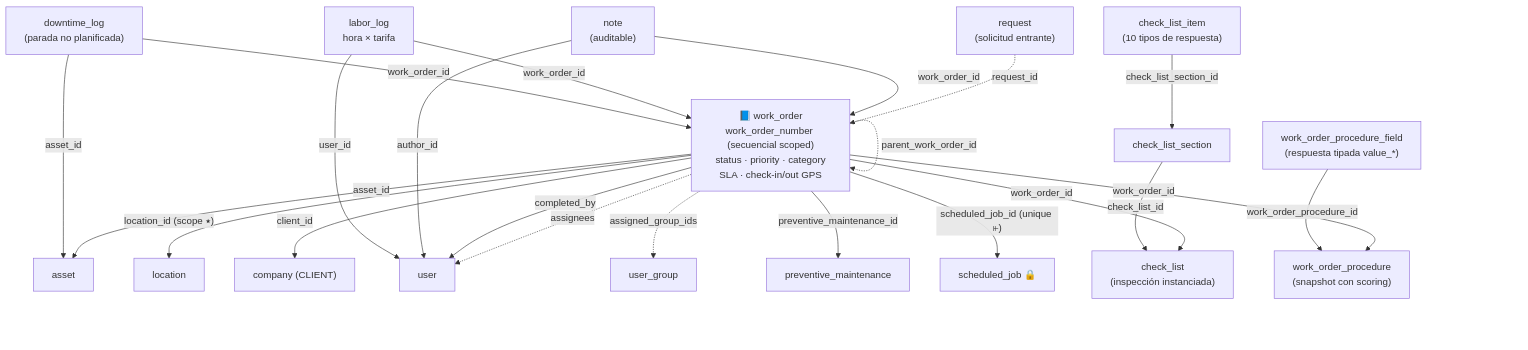
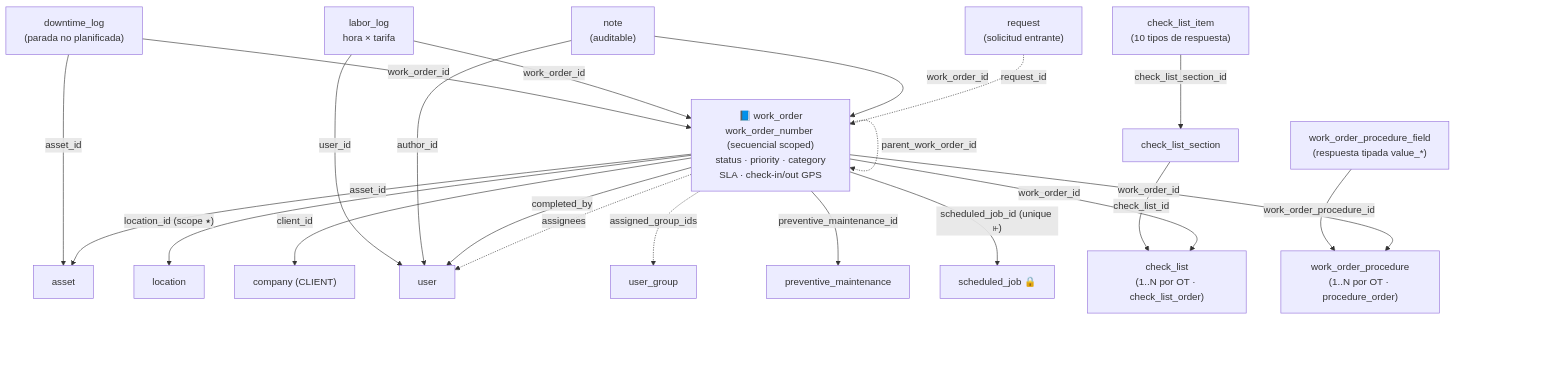
The second of 5 diagrams in docs/reference/diagrama-modelo-datos.md (metritechnology/metri-engine), drawn with Mermaid before and after one commit. The commit also changed other lines of this file and 6 other files, not shown here.

````diff
--- a/docs/reference/diagrama-modelo-datos.md
+++ b/docs/reference/diagrama-modelo-datos.md
@@ -74,34 +74,34 @@
 ```mermaid
 flowchart TB
     REQ["request<br/>(solicitud entrante)"] -. request_id .-> WO
 
     WO["📘 work_order<br/>work_order_number (secuencial scoped)<br/>status · priority · category<br/>SLA · check-in/out GPS"]
     WO -. parent_work_order_id .-> WO
 
     WO -->|"asset_id"| ASSET["asset"]
     WO -->|"location_id (scope ⭑)"| LOC["location"]
     WO -->|"client_id"| CO["company (CLIENT)"]
     WO -. "assignees" .-> U["user"]
     WO -. "assigned_group_ids" .-> UG["user_group"]
     WO -->|"preventive_maintenance_id"| PM["preventive_maintenance"]
     WO -->|"scheduled_job_id (unique ⫦)"| SJ["scheduled_job 🔒"]
     WO -->|"completed_by"| U
 
     NOTE["note<br/>(auditable)"] -->|"work_order_id"| WO
     NOTE -->|"author_id"| U
 
     LL["labor_log<br/>hora × tarifa"] -->|"work_order_id"| WO
     LL -->|"user_id"| U
 
-    CL["check_list<br/>(inspección instanciada)"]
+    CL["check_list<br/>(1..N por OT · check_list_order)"]
     WO -->|"work_order_id"| CL
     CLS["check_list_section"] -->|"check_list_id"| CL
     CLI["check_list_item<br/>(10 tipos de respuesta)"] -->|"check_list_section_id"| CLS
 
-    WPROC["work_order_procedure<br/>(snapshot con scoring)"]
+    WPROC["work_order_procedure<br/>(1..N por OT · procedure_order)"]
     WO -->|"work_order_id"| WPROC
     WPF["work_order_procedure_field<br/>(respuesta tipada value_*)"] -->|"work_order_procedure_id"| WPROC
 
     DT["downtime_log<br/>(parada no planificada)"] -->|"work_order_id"| WO
     DT -->|"asset_id"| ASSET
 ```
````
